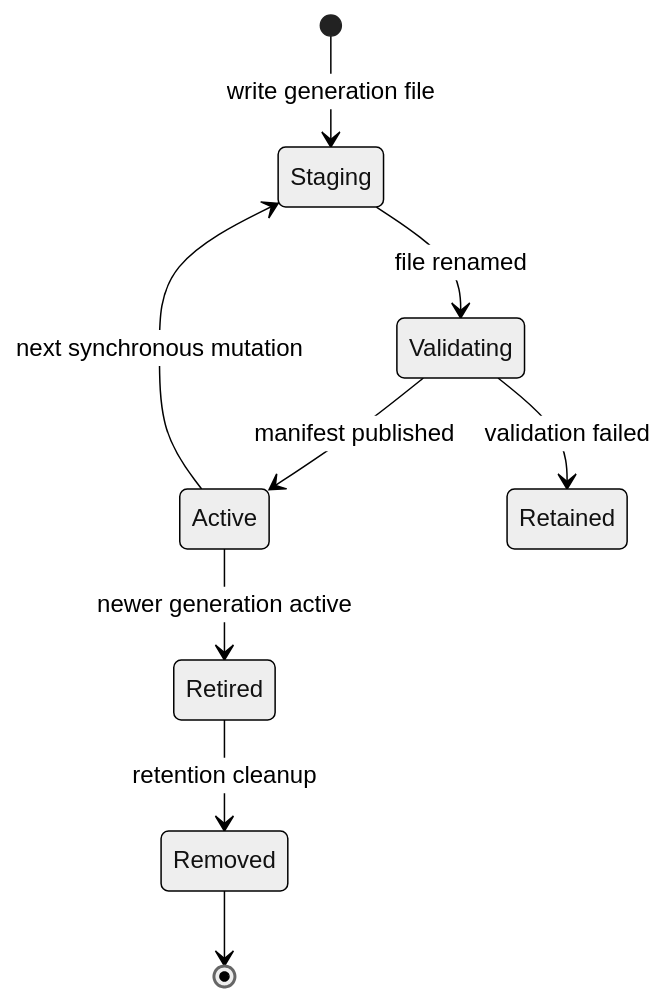
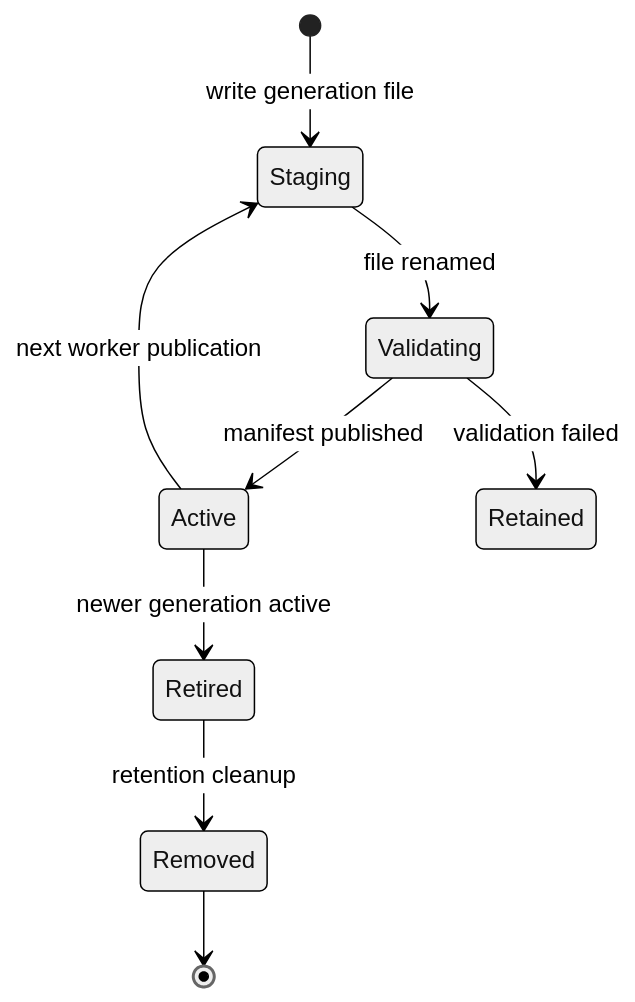
Before and after one commit to prajexec/SearchCraft: the diagram in docs/architecture/diagrams/index-generation-state.mmd, drawn with Mermaid (neutral theme). The commit also changed 27 other files, not shown here.

```diff
--- a/docs/architecture/diagrams/index-generation-state.mmd
+++ b/docs/architecture/diagrams/index-generation-state.mmd
@@ -1,9 +1,9 @@
 stateDiagram-v2
     [*] --> Staging: write generation file
     Staging --> Validating: file renamed
     Validating --> Active: manifest published
     Validating --> Retained: validation failed
     Active --> Retired: newer generation active
     Retired --> Removed: retention cleanup
     Removed --> [*]
-    Active --> Staging: next synchronous mutation
+    Active --> Staging: next worker publication
```
